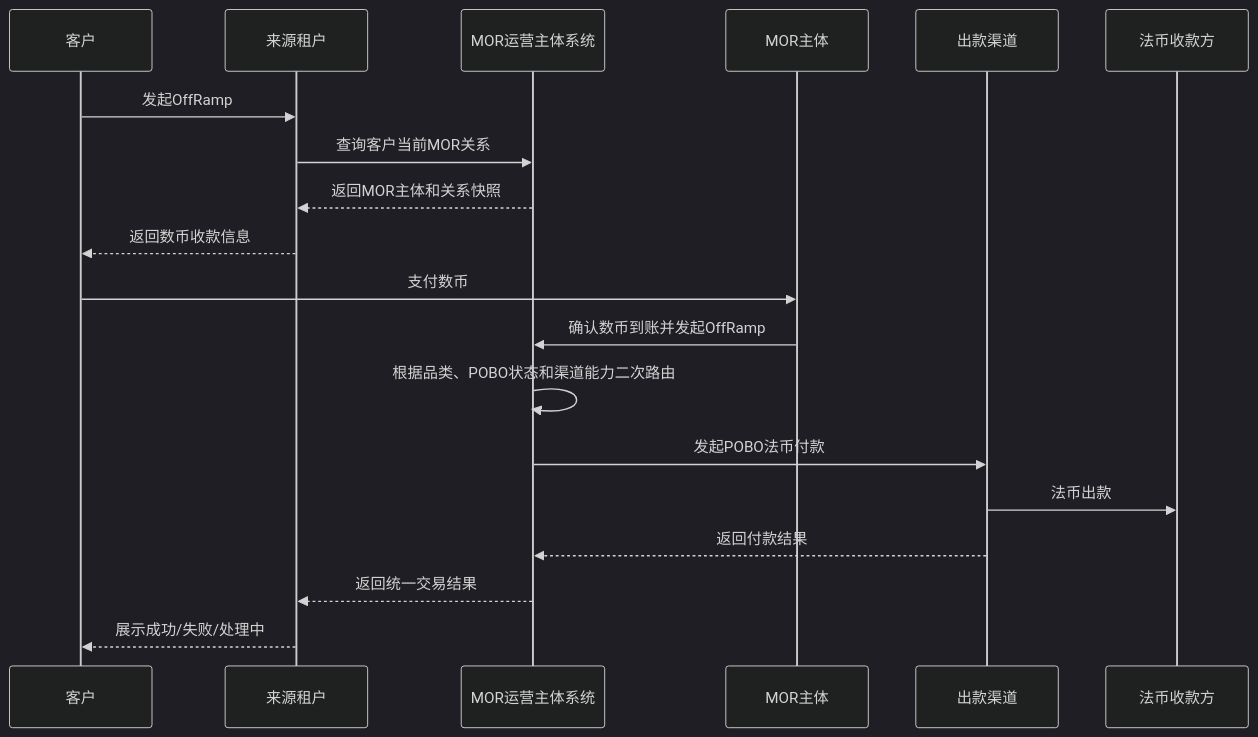
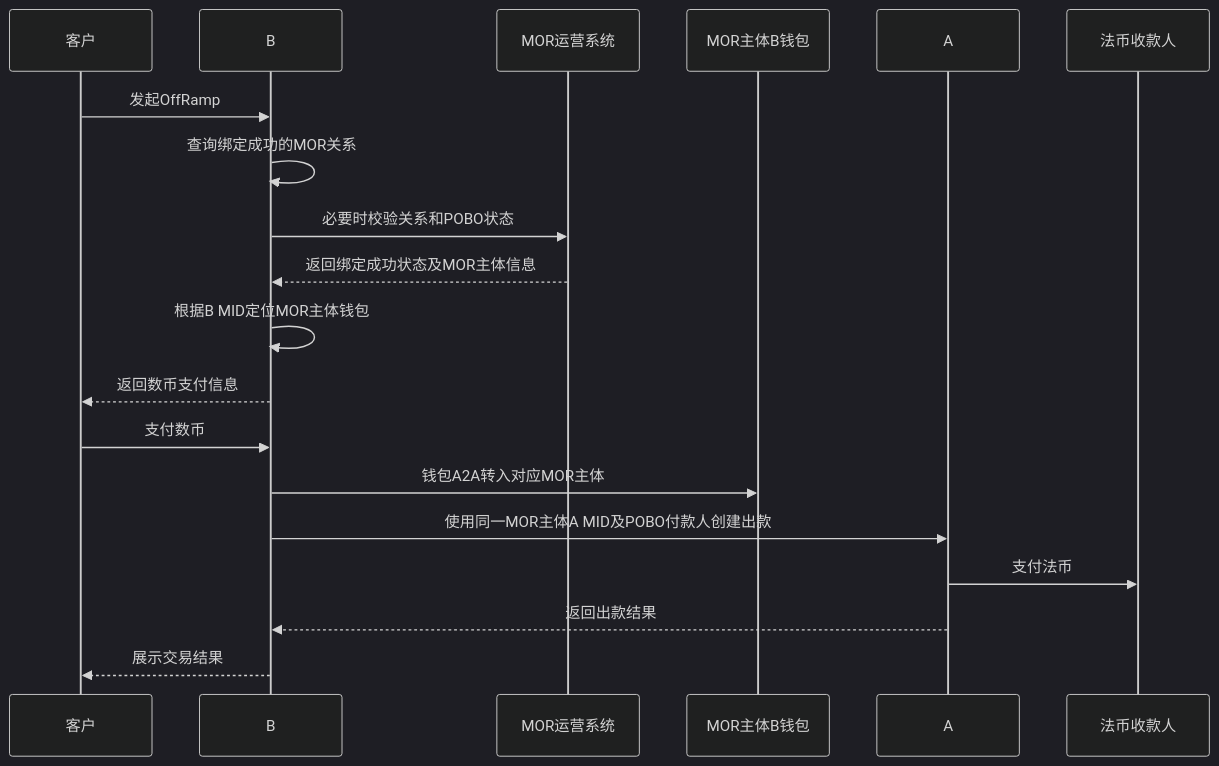
Before and after one commit to xiaoxiaoangie/EX-NEW: the fourth of 4 diagrams in MORSolutions/解决方案/MOR模式-运营主体SP最终方案.md, drawn with Mermaid (dark theme). The commit also changed other lines of this file and 5 other files, not shown here.

````diff
--- a/MORSolutions/解决方案/MOR模式-运营主体SP最终方案.md
+++ b/MORSolutions/解决方案/MOR模式-运营主体SP最终方案.md
@@ -428,22 +321,22 @@
 ```mermaid
 sequenceDiagram
     participant C as 客户
-    participant T as 来源租户
-    participant SP as MOR运营主体系统
-    participant MOR as MOR主体
-    participant CH as 出款渠道
-    participant PAYEE as 法币收款方
+    participant B as B
+    participant OPS as MOR运营系统
+    participant MW as MOR主体B钱包
+    participant A as A
+    participant P as 法币收款人
 
-    C->>T: 发起OffRamp
-    T->>SP: 查询客户当前MOR关系
-    SP-->>T: 返回MOR主体和关系快照
-    T-->>C: 返回数币收款信息
-    C->>MOR: 支付数币
-    MOR->>SP: 确认数币到账并发起OffRamp
-    SP->>SP: 根据品类、POBO状态和渠道能力二次路由
-    SP->>CH: 发起POBO法币付款
-    CH->>PAYEE: 法币出款
-    CH-->>SP: 返回付款结果
-    SP-->>T: 返回统一交易结果
-    T-->>C: 展示成功/失败/处理中
+    C->>B: 发起OffRamp
+    B->>B: 查询绑定成功的MOR关系
+    B->>OPS: 必要时校验关系和POBO状态
+    OPS-->>B: 返回绑定成功状态及MOR主体信息
+    B->>B: 根据B MID定位MOR主体钱包
+    B-->>C: 返回数币支付信息
+    C->>B: 支付数币
+    B->>MW: 钱包A2A转入对应MOR主体
+    B->>A: 使用同一MOR主体A MID及POBO付款人创建出款
+    A->>P: 支付法币
+    A-->>B: 返回出款结果
+    B-->>C: 展示交易结果
 ```
````
